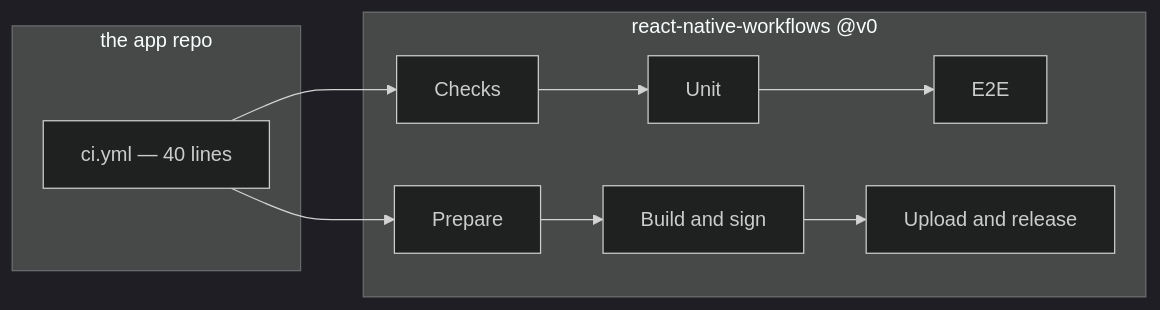
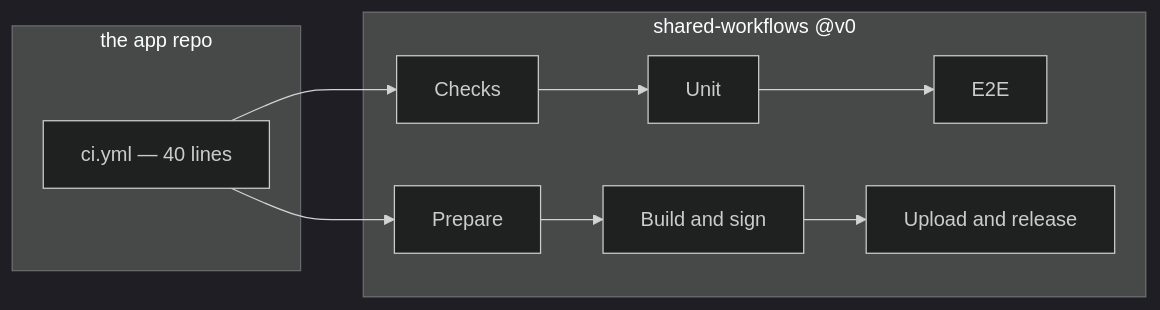
Before and after one commit to blinkbitcoin/react-native-workflows: the diagram in README.md, drawn with Mermaid (dark theme). The commit also changed other lines of this file and 31 other files, not shown here.

First line of the commit message:
chore: rename react-native-workflows to shared-workflows (#6)

````diff
--- a/README.md
+++ b/README.md
@@ -28,12 +28,12 @@
 ```mermaid
 flowchart LR
   subgraph consumer [the app repo]
     caller["ci.yml — 40 lines"]
   end
-  subgraph here [react-native-workflows @v0]
+  subgraph here [shared-workflows @v0]
     checks[Checks] --> unit[Unit] --> e2e[E2E]
     prepare[Prepare] --> build[Build and sign] --> ship[Upload and release]
   end
   caller --> checks
   caller --> prepare
 ```
````
